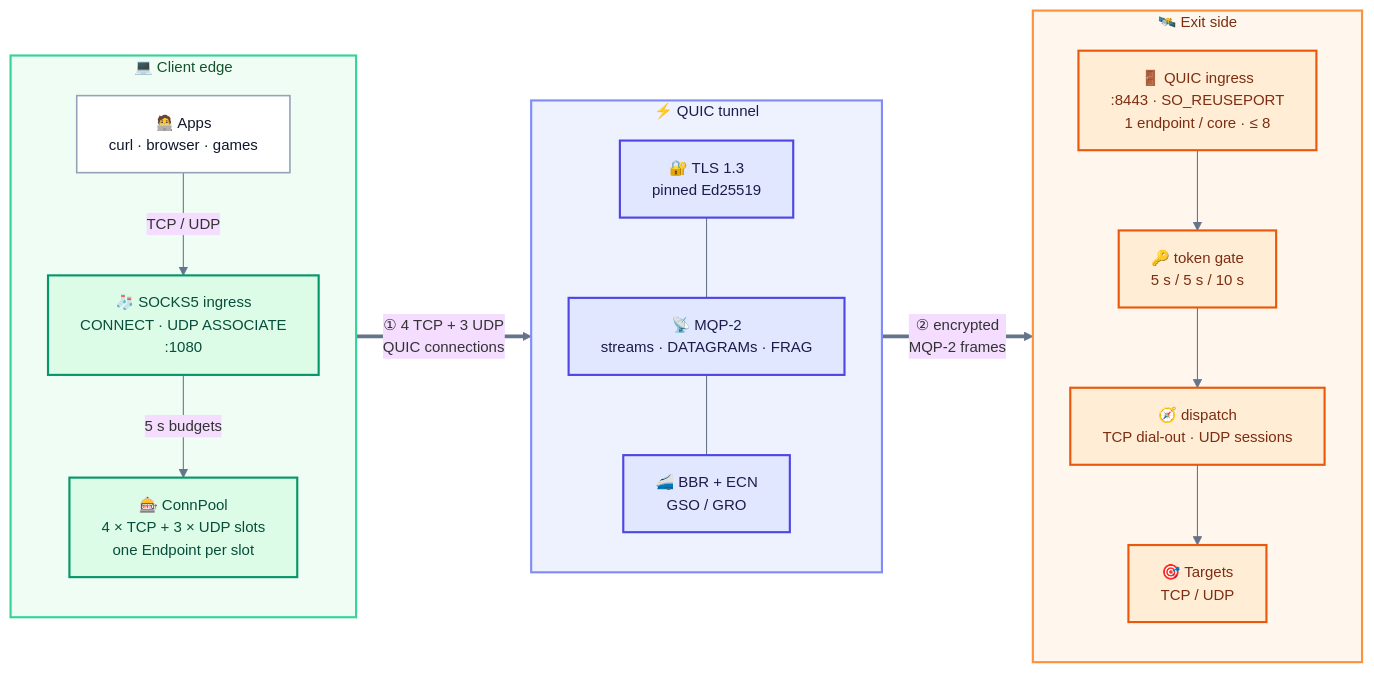
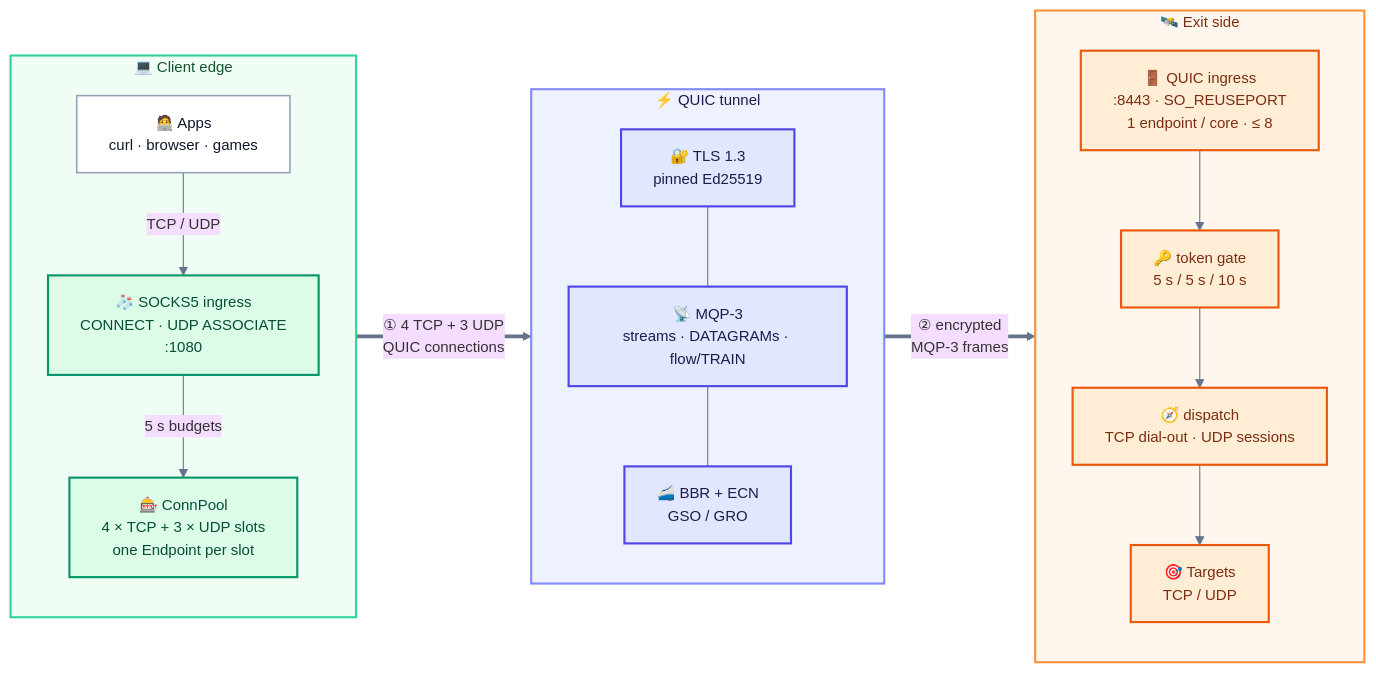
One commit to Terutoki/MyQUIC2 changed the first of 8 diagrams in README.md. Above: the diagram before and after it, drawn with Mermaid. The commit also changed other lines of this file and 16 other files, not shown here.

````diff
--- a/README.md
+++ b/README.md
@@ -42,42 +42,42 @@
 ```mermaid
 %%{init: {"theme":"base","themeVariables":{"fontSize":"14px","lineColor":"#64748b"}}}%%
 flowchart LR
     subgraph EDGE["💻  Client edge"]
         direction TB
         APPS["🧑‍💻 Apps<br/>curl · browser · games"]
         SOCKS["🧦 SOCKS5 ingress<br/>CONNECT · UDP ASSOCIATE<br/>:1080"]
         POOL["🎰 ConnPool<br/>4 × TCP + 3 × UDP slots<br/>one Endpoint per slot"]
         APPS -->|"TCP / UDP"| SOCKS
         SOCKS -->|"5 s budgets"| POOL
     end
     subgraph TUNNEL["⚡  QUIC tunnel"]
         direction TB
         TLS["🔐 TLS 1.3<br/>pinned Ed25519"]
-        MQP["📡 MQP-2<br/>streams · DATAGRAMs · FRAG"]
+        MQP["📡 MQP-3<br/>streams · DATAGRAMs · flow/TRAIN"]
         CC["🚄 BBR + ECN<br/>GSO / GRO"]
         TLS --- MQP --- CC
     end
     subgraph EXIT["🛰️  Exit side"]
         direction TB
         ING["🚪 QUIC ingress<br/>:8443 · SO_REUSEPORT<br/>1 endpoint / core · ≤ 8"]
         AUTH["🔑 token gate<br/>5 s / 5 s / 10 s"]
         ROUTE["🧭 dispatch<br/>TCP dial-out · UDP sessions"]
         TARGETS["🎯 Targets<br/>TCP / UDP"]
         ING --> AUTH
         AUTH --> ROUTE
         ROUTE --> TARGETS
     end
     EDGE ==>|"① 4 TCP + 3 UDP<br/>QUIC connections"| TUNNEL
-    TUNNEL ==>|"② encrypted<br/>MQP-2 frames"| EXIT
+    TUNNEL ==>|"② encrypted<br/>MQP-3 frames"| EXIT
     style EDGE fill:#f0fdf4,stroke:#34d399,stroke-width:2px,color:#14532d
     style TUNNEL fill:#eef2ff,stroke:#818cf8,stroke-width:2px,color:#1e1b4b
     style EXIT fill:#fff7ed,stroke:#fb923c,stroke-width:2px,color:#7c2d12
     classDef app fill:#ffffff,stroke:#94a3b8,stroke-width:1.5px,color:#0f172a
     classDef edge fill:#dcfce7,stroke:#059669,stroke-width:2px,color:#064e3b
     classDef tun fill:#e0e7ff,stroke:#4f46e5,stroke-width:2px,color:#1e1b4b
     classDef exit fill:#ffedd5,stroke:#ea580c,stroke-width:2px,color:#7c2d12
     class APPS app
     class SOCKS,POOL edge
     class TLS,MQP,CC tun
     class ING,AUTH,ROUTE,TARGETS exit
 ```
````
